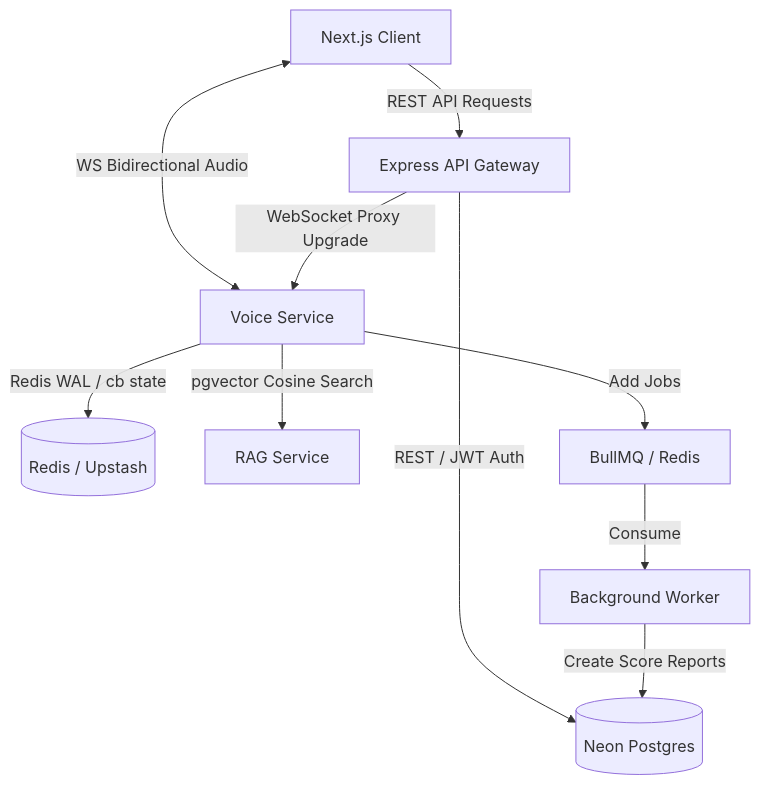
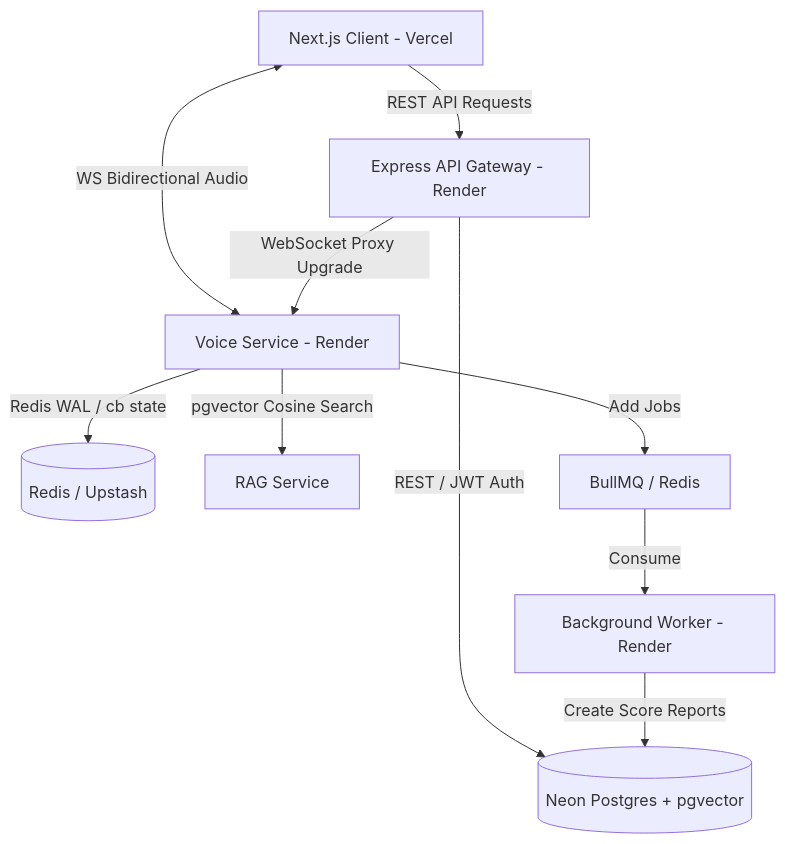
The diagram in README.md (Sanskar-543/Interview_System), drawn with Mermaid before and after one commit. The commit also changed other lines of this file and 2 other files, not shown here.

Commit message:
docs: add live production deployment URLs and updated architecture documentation

````diff
--- a/README.md
+++ b/README.md
@@ -38,14 +51,14 @@
 ```mermaid
 graph TD
-    Client[Next.js Client] <-->|WS Bidirectional Audio| VS[Voice Service]
-    Client -->|REST API Requests| GW[Express API Gateway]
-    GW -->|REST / JWT Auth| DB[(Neon Postgres)]
+    Client[Next.js Client - Vercel] <-->|WS Bidirectional Audio| VS[Voice Service - Render]
+    Client -->|REST API Requests| GW[Express API Gateway - Render]
+    GW -->|REST / JWT Auth| DB[(Neon Postgres + pgvector)]
     GW -->|WebSocket Proxy Upgrade| VS
     
     VS -->|Redis WAL / cb state| Redis[(Redis / Upstash)]
     VS -->|pgvector Cosine Search| RAG[RAG Service]
     VS -->|Add Jobs| Queue[BullMQ / Redis]
     
-    Queue -->|Consume| Worker[Background Worker]
+    Queue -->|Consume| Worker[Background Worker - Render]
     Worker -->|Create Score Reports| DB
 ```
````
